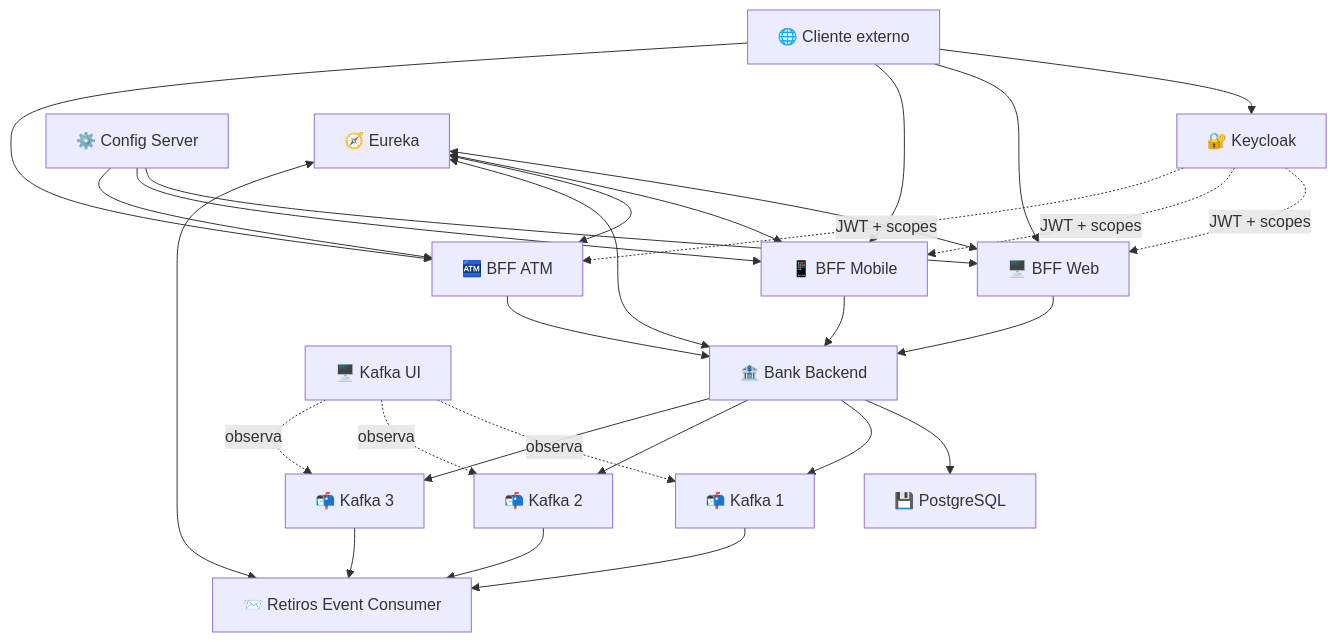
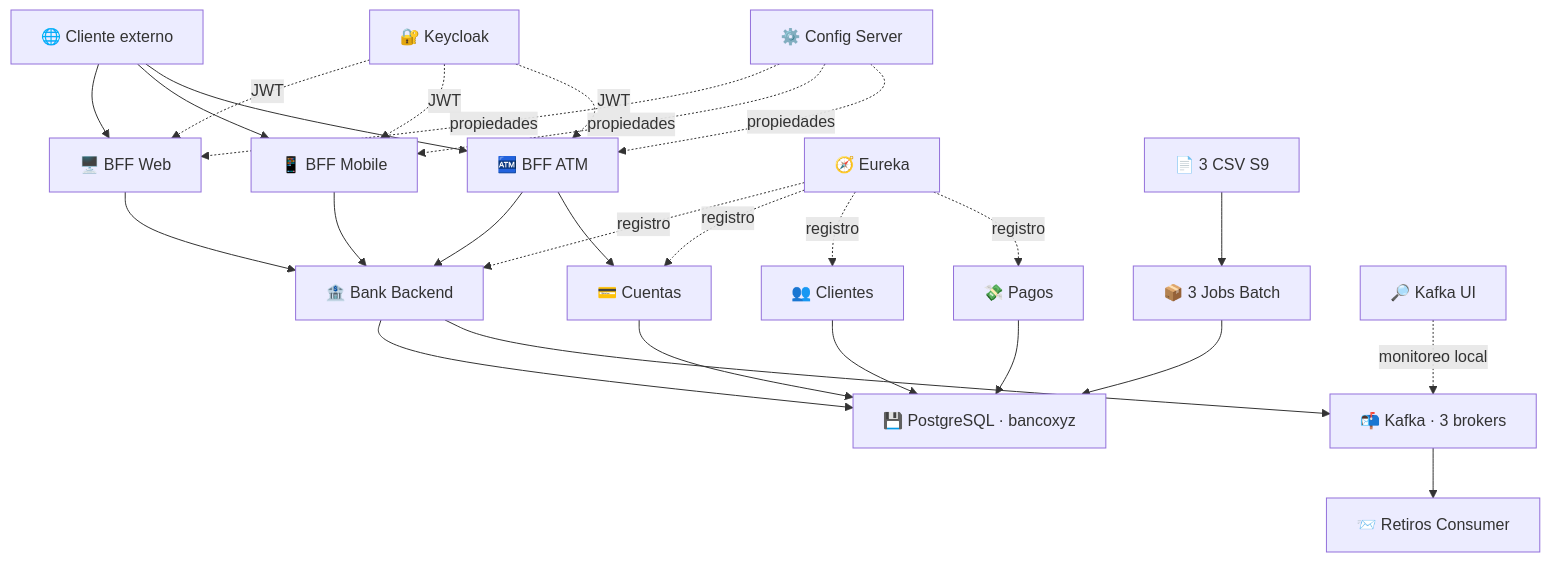
Before and after one commit to LadyRed145/bancoxyzbatch: the first of 3 diagrams in Propuesta_Tecnica.md, drawn with Mermaid. The commit also changed other lines of this file and 9 other files, not shown here.

````diff
--- a/Propuesta_Tecnica.md
+++ b/Propuesta_Tecnica.md
@@ -39,51 +59,47 @@
 ```mermaid
 flowchart TB
     CLIENT["🌐 Cliente externo"]
     KC["🔐 Keycloak"]
     WEB["🖥️ BFF Web"]
-    MOBILE["📱 BFF Mobile"]
+    MOB["📱 BFF Mobile"]
     ATM["🏧 BFF ATM"]
     CONFIG["⚙️ Config Server"]
     EUREKA["🧭 Eureka"]
-    BACKEND["🏦 Bank Backend"]
-    DB["💾 PostgreSQL"]
-    K1["📬 Kafka 1"]
-    K2["📬 Kafka 2"]
-    K3["📬 Kafka 3"]
-    KUI["🖥️ Kafka UI"]
-    CONSUMER["📨 Retiros Event Consumer"]
+    BACK["🏦 Bank Backend"]
+    CU["💳 Cuentas"]
+    CL["👥 Clientes"]
+    PAY["💸 Pagos"]
+    PG["💾 PostgreSQL · bancoxyz"]
+    CSV["📄 3 CSV S9"]
+    BATCH["📦 3 Jobs Batch"]
+    K["📬 Kafka · 3 brokers"]
+    CONSUMER["📨 Retiros Consumer"]
+    UI["🔎 Kafka UI"]
 
-    CLIENT --> KC
     CLIENT --> WEB
-    CLIENT --> MOBILE
+    CLIENT --> MOB
     CLIENT --> ATM
-
-    KC -. JWT + scopes .-> WEB
-    KC -. JWT + scopes .-> MOBILE
-    KC -. JWT + scopes .-> ATM
-
-    CONFIG --> WEB
-    CONFIG --> MOBILE
-    CONFIG --> ATM
-
-    EUREKA <--> WEB
-    EUREKA <--> MOBILE
-    EUREKA <--> ATM
-    EUREKA <--> BACKEND
-    EUREKA <--> CONSUMER
-
-    WEB --> BACKEND
-    MOBILE --> BACKEND
-    ATM --> BACKEND
-
-    BACKEND --> DB
-    BACKEND --> K1
-    BACKEND --> K2
-    BACKEND --> K3
-    K1 --> CONSUMER
-    K2 --> CONSUMER
-    K3 --> CONSUMER
-    KUI -. observa .-> K1
-    KUI -. observa .-> K2
-    KUI -. observa .-> K3
+    KC -. JWT .-> WEB
+    KC -. JWT .-> MOB
+    KC -. JWT .-> ATM
+    CONFIG -. propiedades .-> WEB
+    CONFIG -. propiedades .-> MOB
+    CONFIG -. propiedades .-> ATM
+    EUREKA -. registro .-> BACK
+    EUREKA -. registro .-> CU
+    EUREKA -. registro .-> CL
+    EUREKA -. registro .-> PAY
+    WEB --> BACK
+    MOB --> BACK
+    ATM --> BACK
+    ATM --> CU
+    BACK --> PG
+    CU --> PG
+    CL --> PG
+    PAY --> PG
+    CSV --> BATCH
+    BATCH --> PG
+    BACK --> K
+    K --> CONSUMER
+    UI -. monitoreo local .-> K
 ```
````
